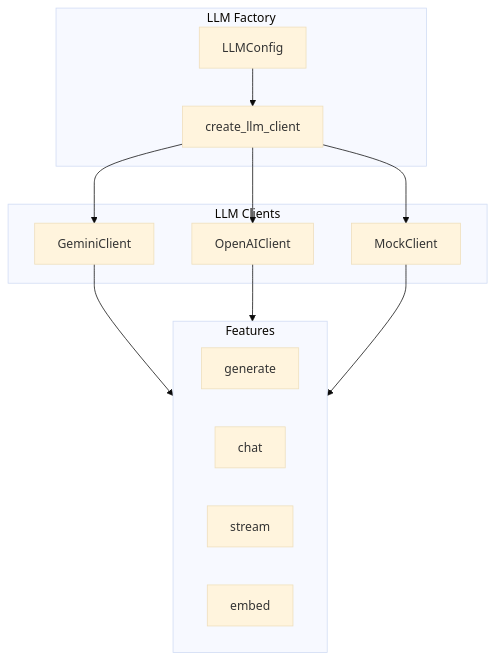
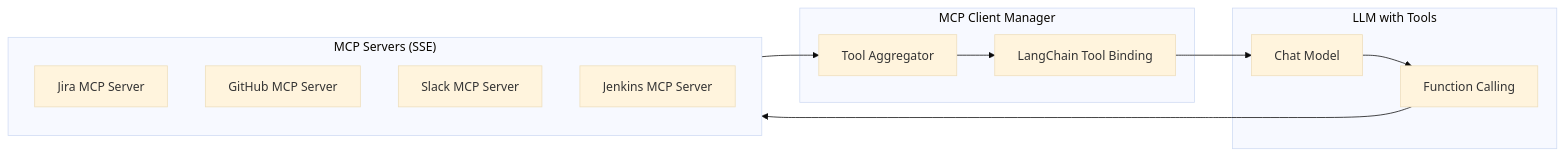
Diagram 11 of 13 in docs/architecture.md (IKRedHat/Nexus-Release-Readiness-Bot), drawn with Mermaid (base theme) before and after one commit. The commit also changed other lines of this file and 29 other files, not shown here.

````diff
--- a/docs/architecture.md
+++ b/docs/architecture.md
@@ -847,29 +1045,25 @@
 ```mermaid
-flowchart TB
-    subgraph Factory["LLM Factory"]
-        Config[LLMConfig]
-        Create[create_llm_client]
+flowchart LR
+    subgraph MCPServers["MCP Servers (SSE)"]
+        JiraMCP[Jira MCP Server]
+        GitHubMCP[GitHub MCP Server]
+        SlackMCP[Slack MCP Server]
+        JenkinsMCP[Jenkins MCP Server]
     end
     
-    subgraph Clients["LLM Clients"]
-        Gemini[GeminiClient]
-        OpenAI[OpenAIClient]
-        Mock[MockClient]
+    subgraph MCPClient["MCP Client Manager"]
+        Aggregate[Tool Aggregator]
+        Bind[LangChain Tool Binding]
     end
     
-    subgraph Features["Features"]
-        Gen[generate]
-        Chat[chat]
-        Stream[stream]
-        Embed[embed]
+    subgraph LLM["LLM with Tools"]
+        Model[Chat Model]
+        FunctionCall[Function Calling]
     end
     
-    Config --> Create
-    Create --> Gemini
-    Create --> OpenAI
-    Create --> Mock
-    
-    Gemini --> Features
-    OpenAI --> Features
-    Mock --> Features
+    MCPServers --> Aggregate
+    Aggregate --> Bind
+    Bind --> Model
+    Model --> FunctionCall
+    FunctionCall --> MCPServers
 ```
````
